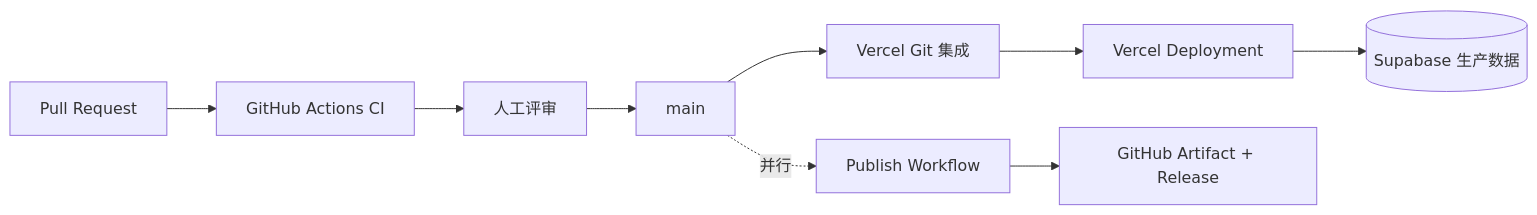
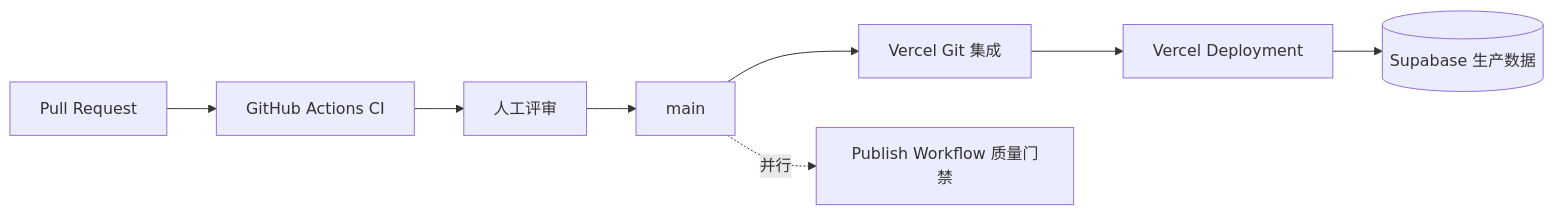
One commit to chaos-design/nantianmen changed the diagram in docs/deployment-guide.md. Above: the diagram before and after it, drawn with Mermaid. The commit also changed other lines of this file and 5 other files, not shown here.

````diff
--- a/docs/deployment-guide.md
+++ b/docs/deployment-guide.md
@@ -20,11 +19,10 @@
 ```mermaid
 flowchart LR
   PR[Pull Request] --> CI[GitHub Actions CI]
   CI --> Review[人工评审]
   Review --> Main[main]
   Main --> VercelGit[Vercel Git 集成]
   VercelGit --> Deploy[Vercel Deployment]
   Deploy --> Supabase[(Supabase 生产数据)]
-  Main -.并行.-> Publish[Publish Workflow]
-  Publish --> Artifact[GitHub Artifact + Release]
+  Main -.并行.-> Publish[Publish Workflow 质量门禁]
 ```
````
